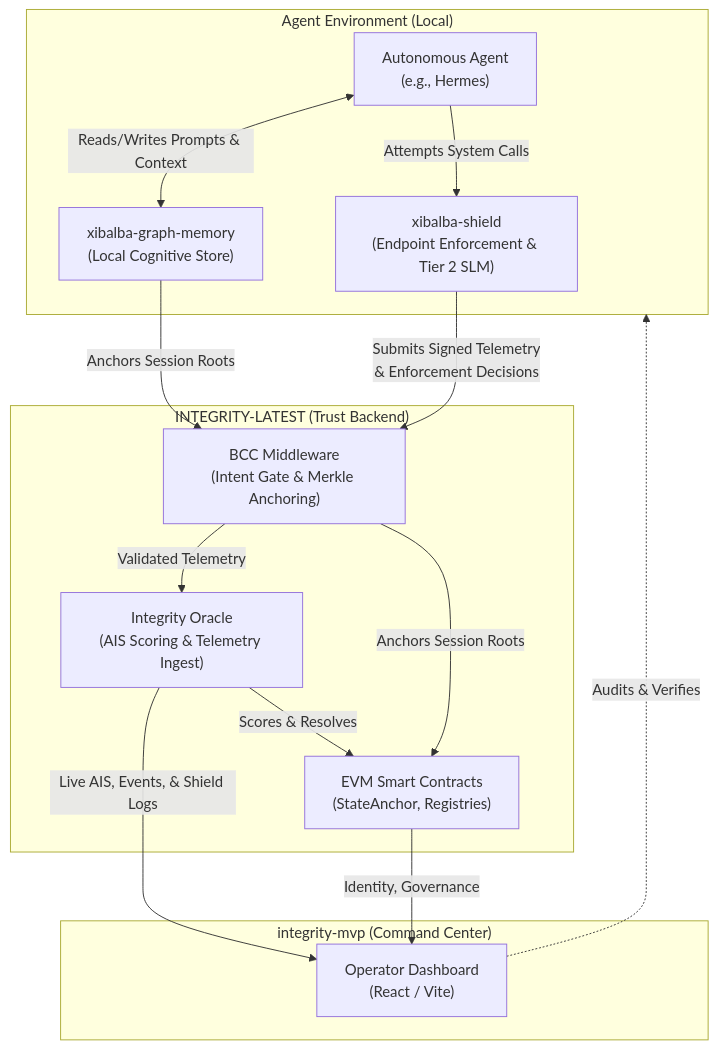
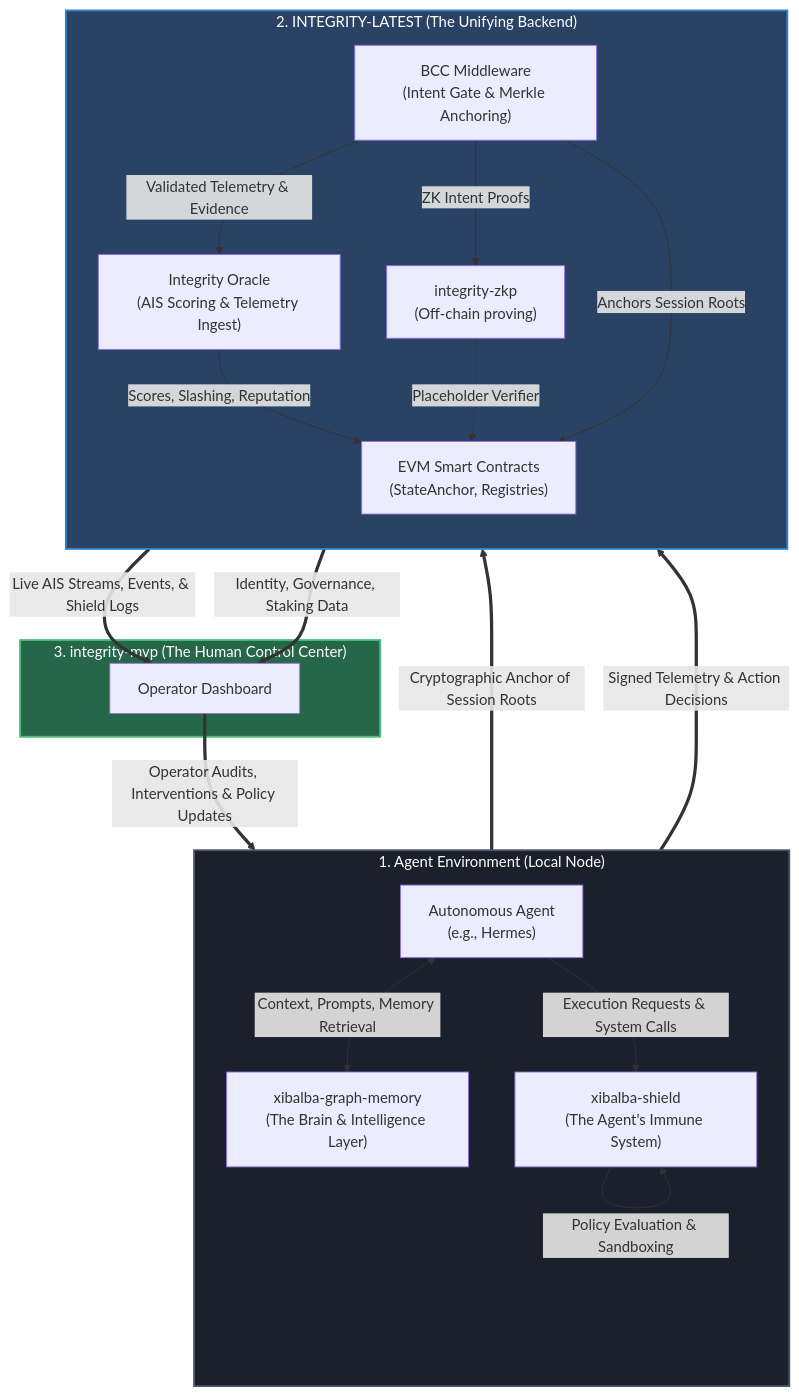
The first of 3 diagrams in README.md (XibalbaTechSol/integrity-core), drawn with Mermaid before and after one commit. The commit also changed other lines of this file and 6 other files, not shown here.

````diff
--- a/README.md
+++ b/README.md
@@ -38,33 +53,47 @@
 ```mermaid
-flowchart TB
-    subgraph AgentEnvironment["Agent Environment (Local)"]
+flowchart TD
+    subgraph AgentEnvironment["1. Agent Environment (Local Node)"]
+        direction TB
         Agent["Autonomous Agent<br/>(e.g., Hermes)"]
-        Memory["xibalba-graph-memory<br/>(Local Cognitive Store)"]
-        Shield["xibalba-shield<br/>(Endpoint Enforcement & Tier 2 SLM)"]
-        
-        Agent <-->|Reads/Writes Prompts & Context| Memory
-        Agent -->|Attempts System Calls| Shield
+        Memory["xibalba-graph-memory<br/>(The Brain & Intelligence Layer)"]
+        Shield["xibalba-shield<br/>(The Agent's Immune System)"]
+
+        Agent <-->|Context, Prompts, Memory Retrieval| Memory
+        Agent -->|Execution Requests & System Calls| Shield
+        Shield -->|Policy Evaluation & Sandboxing| Shield
     end
-    
-    subgraph ProtocolLayer["INTEGRITY-LATEST (Trust Backend)"]
+
+    subgraph ProtocolLayer["2. INTEGRITY-LATEST (The Unifying Backend)"]
+        direction TB
         BCC["BCC Middleware<br/>(Intent Gate & Merkle Anchoring)"]
         Oracle["Integrity Oracle<br/>(AIS Scoring & Telemetry Ingest)"]
         Chain["EVM Smart Contracts<br/>(StateAnchor, Registries)"]
-        
-        BCC -->|Validated Telemetry| Oracle
-        Oracle -->|Scores & Resolves| Chain
+        ZK["integrity-zkp<br/>(Off-chain proving)"]
+
+        BCC -->|Validated Telemetry & Evidence| Oracle
+        Oracle -->|Scores, Slashing, Reputation| Chain
+        BCC -->|ZK Intent Proofs| ZK
+        ZK -.->|Placeholder Verifier| Chain
         BCC -->|Anchors Session Roots| Chain
     end
-    
-    subgraph PresentationLayer["integrity-mvp (Command Center)"]
-        Dashboard["Operator Dashboard<br/>(React / Vite)"]
+
+    subgraph PresentationLayer["3. integrity-mvp (The Human Control Center)"]
+        MVP["Operator Dashboard"]
     end
-    
-    %% Closed Loop Connections
-    Memory -->|Anchors Session Roots| BCC
-    Shield -->|Submits Signed Telemetry<br/>& Enforcement Decisions| BCC
-    
-    Oracle -->|Live AIS, Events, & Shield Logs| Dashboard
-    Chain -->|Identity, Governance| Dashboard
-    Dashboard -.->|Audits & Verifies| AgentEnvironment
+
+    %% The Closed Loop Connections
+    Memory ==>|Cryptographic Anchor of Session Roots| BCC
+    Shield ==>|Signed Telemetry & Action Decisions| BCC
+
+    Oracle ==>|Live AIS Streams, Events, & Shield Logs| MVP
+    Chain ==>|Identity, Governance, Staking Data| MVP
+    MVP ==>|Operator Audits, Interventions & Policy Updates| Agent
+
+    classDef env fill:#1a202c,stroke:#4a5568,stroke-width:2px,color:#fff
+    classDef core fill:#2a4365,stroke:#3182ce,stroke-width:2px,color:#fff
+    classDef ui fill:#276749,stroke:#48bb78,stroke-width:2px,color:#fff
+
+    class AgentEnvironment env
+    class ProtocolLayer core
+    class PresentationLayer ui
 ```
````
